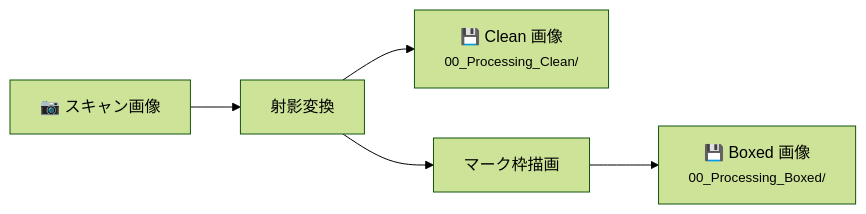
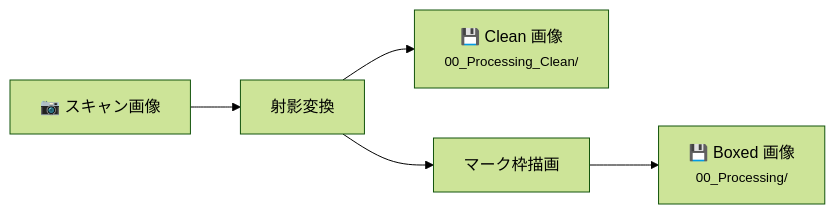
The first of 2 diagrams in docs/development.md (phys-ken/SaitenSamurai), drawn with Mermaid (forest theme) before and after one commit. The commit also changed other lines of this file and 1 other file, not shown here.

````diff
--- a/docs/development.md
+++ b/docs/development.md
@@ -130,7 +130,7 @@
 ```mermaid
 flowchart LR
     Raw["📷 スキャン画像"] --> Correct["射影変換"]
     Correct --> Clean["💾 Clean 画像<br><small>00_Processing_Clean/</small>"]
     Correct --> Draw["マーク枠描画"]
-    Draw --> Boxed["💾 Boxed 画像<br><small>00_Processing_Boxed/</small>"]
+    Draw --> Boxed["💾 Boxed 画像<br><small>00_Processing/</small>"]
 ```
````
